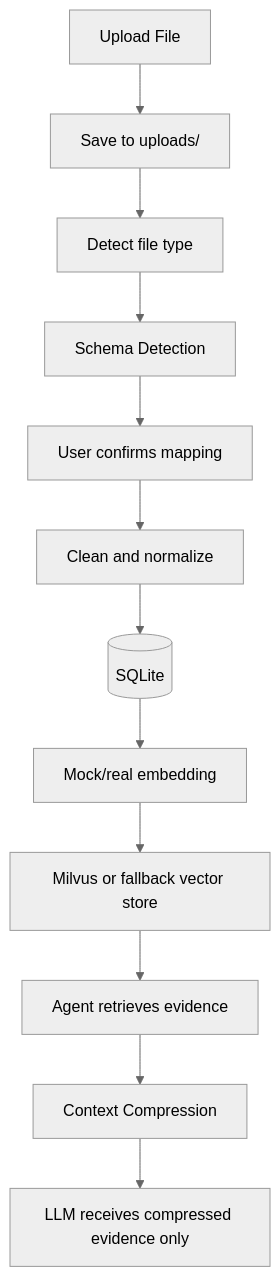
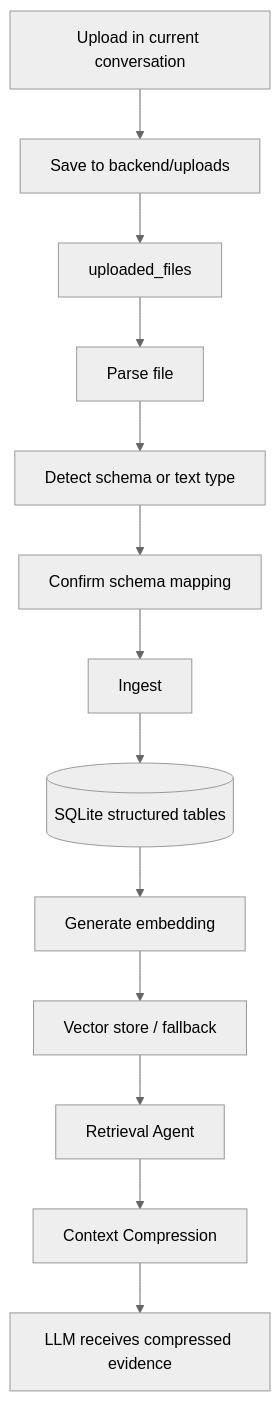
One commit to wxl-0/FeedbackOS-Agent changed the third of 3 diagrams in README.md. Above: the diagram before and after it, drawn with Mermaid (neutral theme). The commit also changed other lines of this file and 2 other files, not shown here.

````diff
--- a/README.md
+++ b/README.md
@@ -57,14 +127,15 @@
 ```mermaid
 flowchart TD
-  A[Upload File] --> B[Save to uploads/]
-  B --> C[Detect file type]
-  C --> D[Schema Detection]
-  D --> E[User confirms mapping]
-  E --> F[Clean and normalize]
-  F --> G[(SQLite)]
-  G --> H[Mock/real embedding]
-  H --> I[Milvus or fallback vector store]
-  I --> J[Agent retrieves evidence]
-  J --> K[Context Compression]
-  K --> L[LLM receives compressed evidence only]
+  A[Upload in current conversation] --> B[Save to backend/uploads]
+  B --> C[uploaded_files]
+  C --> D[Parse file]
+  D --> E[Detect schema or text type]
+  E --> F[Confirm schema mapping]
+  F --> G[Ingest]
+  G --> H[(SQLite structured tables)]
+  H --> I[Generate embedding]
+  I --> J[Vector store / fallback]
+  J --> K[Retrieval Agent]
+  K --> L[Context Compression]
+  L --> M[LLM receives compressed evidence]
 ```
````
